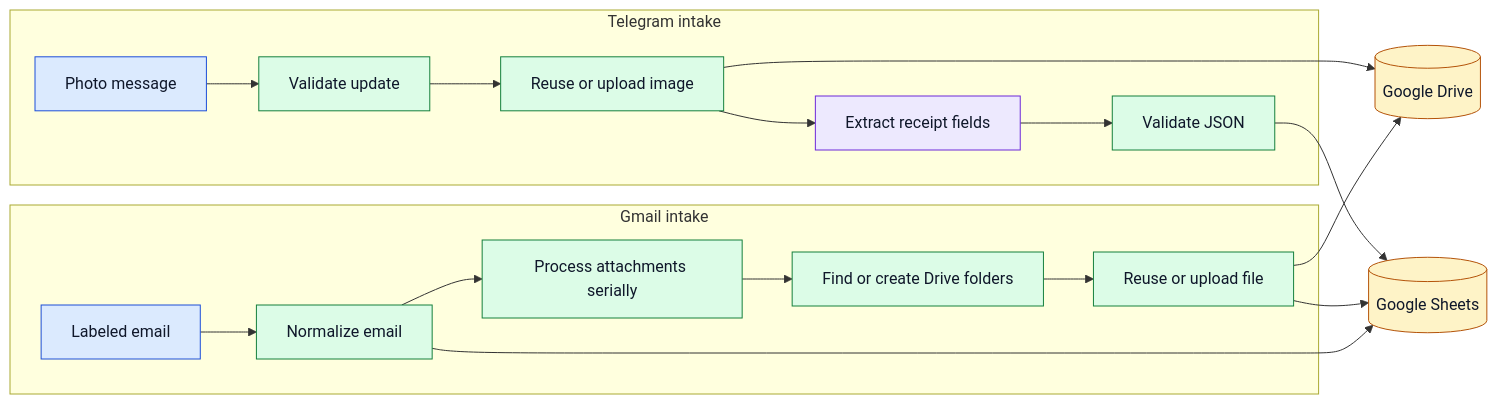
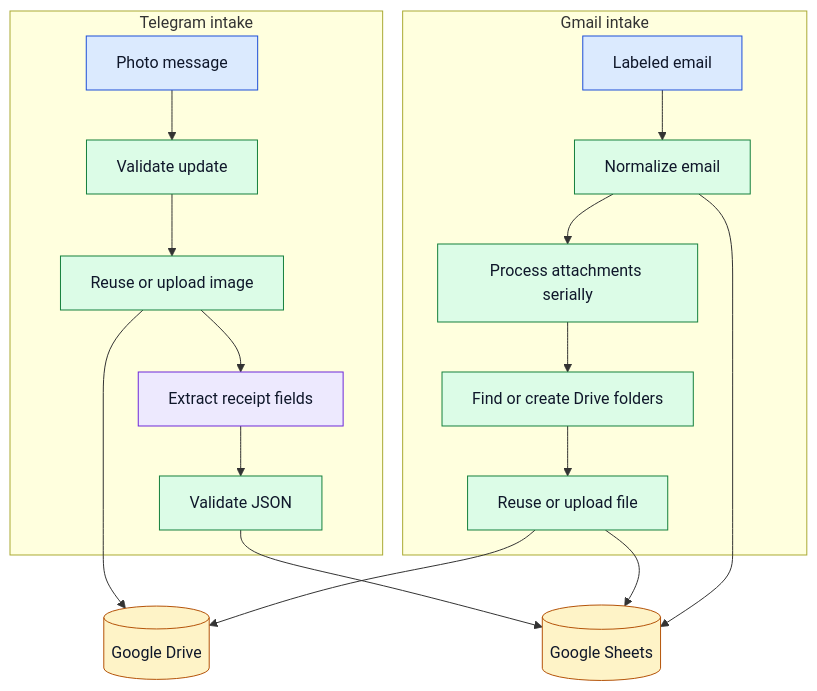
Before and after one commit to a3s5jj/document-intake-automation: the diagram in README.md, drawn with Mermaid.

Commit message:
Make README diagram readable at GitHub width
GitHub scales a README diagram down to fit a column about 823px wide.
Drawn left to right, this one was 1495px across, so it shrank to 55%
and its labels rendered at roughly 9px against 16px body text.

Top-down stacks the two intake lanes and keeps the diagram full size.

````diff
--- a/README.md
+++ b/README.md
@@ -35,30 +35,30 @@
 ```mermaid
-flowchart LR
+flowchart TD
   subgraph GM [Gmail intake]
     A[Labeled email] --> B[Normalize email]
     B --> C[Process attachments serially]
     C --> D[Find or create Drive folders]
     D --> E[Reuse or upload file]
   end
   subgraph TG [Telegram intake]
     F[Photo message] --> G[Validate update]
     G --> H[Reuse or upload image]
     H --> I[Extract receipt fields]
     I --> J[Validate JSON]
   end
   E --> DRIVE[(Google Drive)]
   H --> DRIVE
   B --> SHEETS[(Google Sheets)]
   E --> SHEETS
   J --> SHEETS
 
   classDef entry fill:#dbeafe,stroke:#1d4ed8,color:#0f172a
   classDef ai fill:#ede9fe,stroke:#6d28d9,color:#0f172a
   classDef logic fill:#dcfce7,stroke:#15803d,color:#0f172a
   classDef ext fill:#fef3c7,stroke:#b45309,color:#0f172a
   classDef stop fill:#fee2e2,stroke:#b91c1c,color:#0f172a
   class A,F entry
   class I ai
   class B,C,D,E,G,H,J logic
   class DRIVE,SHEETS ext
 ```
````
